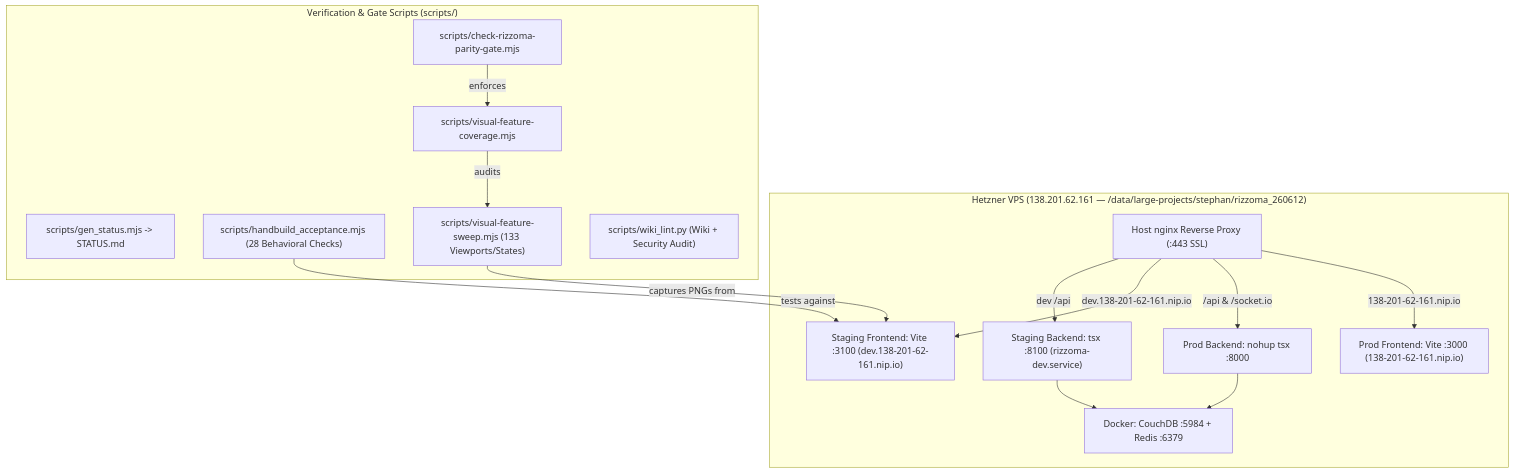
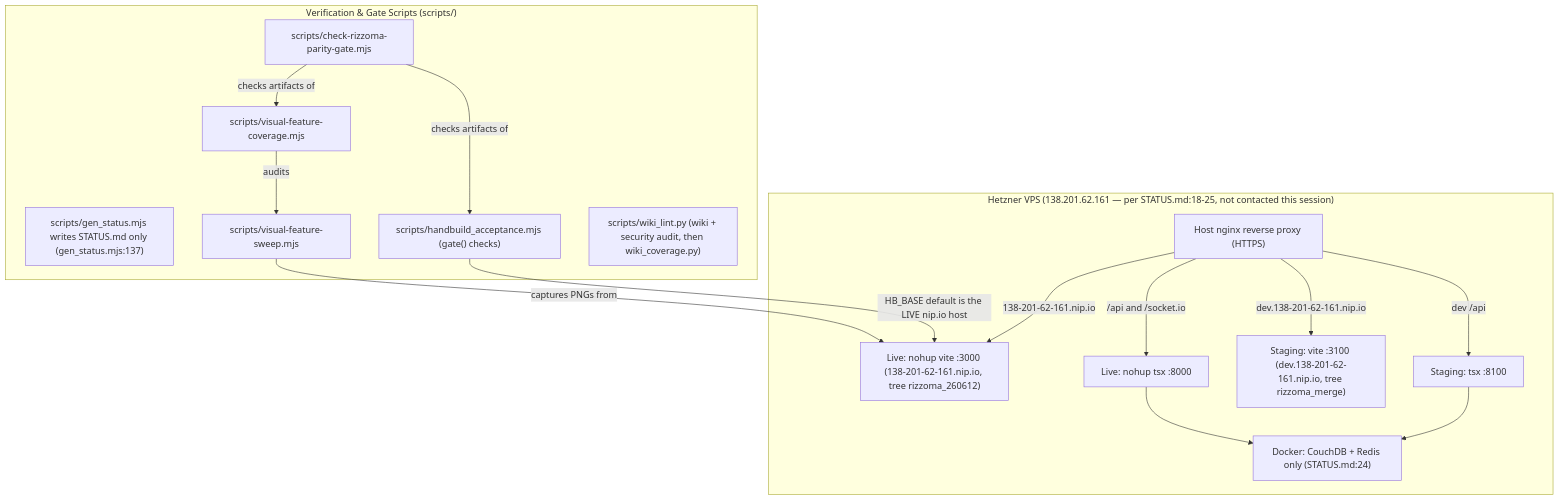
One commit to HCSS-StratBase/rizzoma changed the first of 2 diagrams in wiki/verification/gates-sweeps-and-deployment.md. Above: the diagram before and after it, drawn with Mermaid. The commit also changed other lines of this file and 17 other files, not shown here.

First line of the commit message:
docs(wiki): whole-repo coverage - generated reference catalogs, coverage gate, legacy screenshot pointer, re-verified five older pages

````diff
--- a/wiki/verification/gates-sweeps-and-deployment.md
+++ b/wiki/verification/gates-sweeps-and-deployment.md
@@ -27,31 +31,32 @@
 ```mermaid
 graph TD
-    subgraph HETZNER["Hetzner VPS (138.201.62.161 — /data/large-projects/stephan/rizzoma_260612)"]
-        NGINX["Host nginx Reverse Proxy (:443 SSL)"]
-        PROD_FE["Prod Frontend: Vite :3000 (138-201-62-161.nip.io)"]
-        PROD_BE["Prod Backend: nohup tsx :8000"]
-        DEV_FE["Staging Frontend: Vite :3100 (dev.138-201-62-161.nip.io)"]
-        DEV_BE["Staging Backend: tsx :8100 (rizzoma-dev.service)"]
-        DOCKER_DB["Docker: CouchDB :5984 + Redis :6379"]
+    subgraph HETZNER["Hetzner VPS (138.201.62.161 — per STATUS.md:18-25, not contacted this session)"]
+        NGINX["Host nginx reverse proxy (HTTPS)"]
+        PROD_FE["Live: nohup vite :3000 (138-201-62-161.nip.io, tree rizzoma_260612)"]
+        PROD_BE["Live: nohup tsx :8000"]
+        DEV_FE["Staging: vite :3100 (dev.138-201-62-161.nip.io, tree rizzoma_merge)"]
+        DEV_BE["Staging: tsx :8100"]
+        DOCKER_DB["Docker: CouchDB + Redis only (STATUS.md:24)"]
     end
 
     subgraph VER_SUITES["Verification & Gate Scripts (scripts/)"]
-        GEN_STATUS["scripts/gen_status.mjs -> STATUS.md"]
-        HB_ACC["scripts/handbuild_acceptance.mjs (28 Behavioral Checks)"]
-        VIS_SWEEP["scripts/visual-feature-sweep.mjs (133 Viewports/States)"]
+        GEN_STATUS["scripts/gen_status.mjs writes STATUS.md only (gen_status.mjs:137)"]
+        HB_ACC["scripts/handbuild_acceptance.mjs (gate() checks)"]
+        VIS_SWEEP["scripts/visual-feature-sweep.mjs"]
         VIS_COV["scripts/visual-feature-coverage.mjs"]
         PAR_GATE["scripts/check-rizzoma-parity-gate.mjs"]
-        WIKI_LINT["scripts/wiki_lint.py (Wiki + Security Audit)"]
+        WIKI_LINT["scripts/wiki_lint.py (wiki + security audit, then wiki_coverage.py)"]
     end
 
     NGINX -->|138-201-62-161.nip.io| PROD_FE
-    NGINX -->|/api & /socket.io| PROD_BE
+    NGINX -->|/api and /socket.io| PROD_BE
     NGINX -->|dev.138-201-62-161.nip.io| DEV_FE
     NGINX -->|dev /api| DEV_BE
     PROD_BE --> DOCKER_DB
     DEV_BE --> DOCKER_DB
-    HB_ACC -->|tests against| DEV_FE
-    VIS_SWEEP -->|captures PNGs from| DEV_FE
+    HB_ACC -->|HB_BASE default is the LIVE nip.io host| PROD_FE
+    VIS_SWEEP -->|captures PNGs from| PROD_FE
     VIS_COV -->|audits| VIS_SWEEP
-    PAR_GATE -->|enforces| VIS_COV
+    PAR_GATE -->|checks artifacts of| VIS_COV
+    PAR_GATE -->|checks artifacts of| HB_ACC
 ```
````
